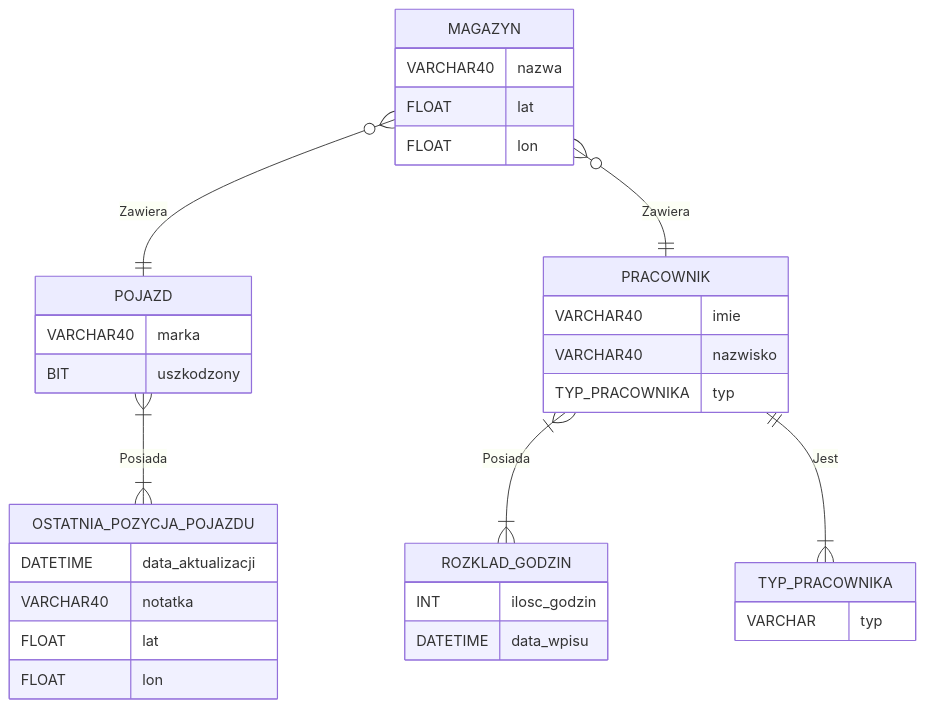
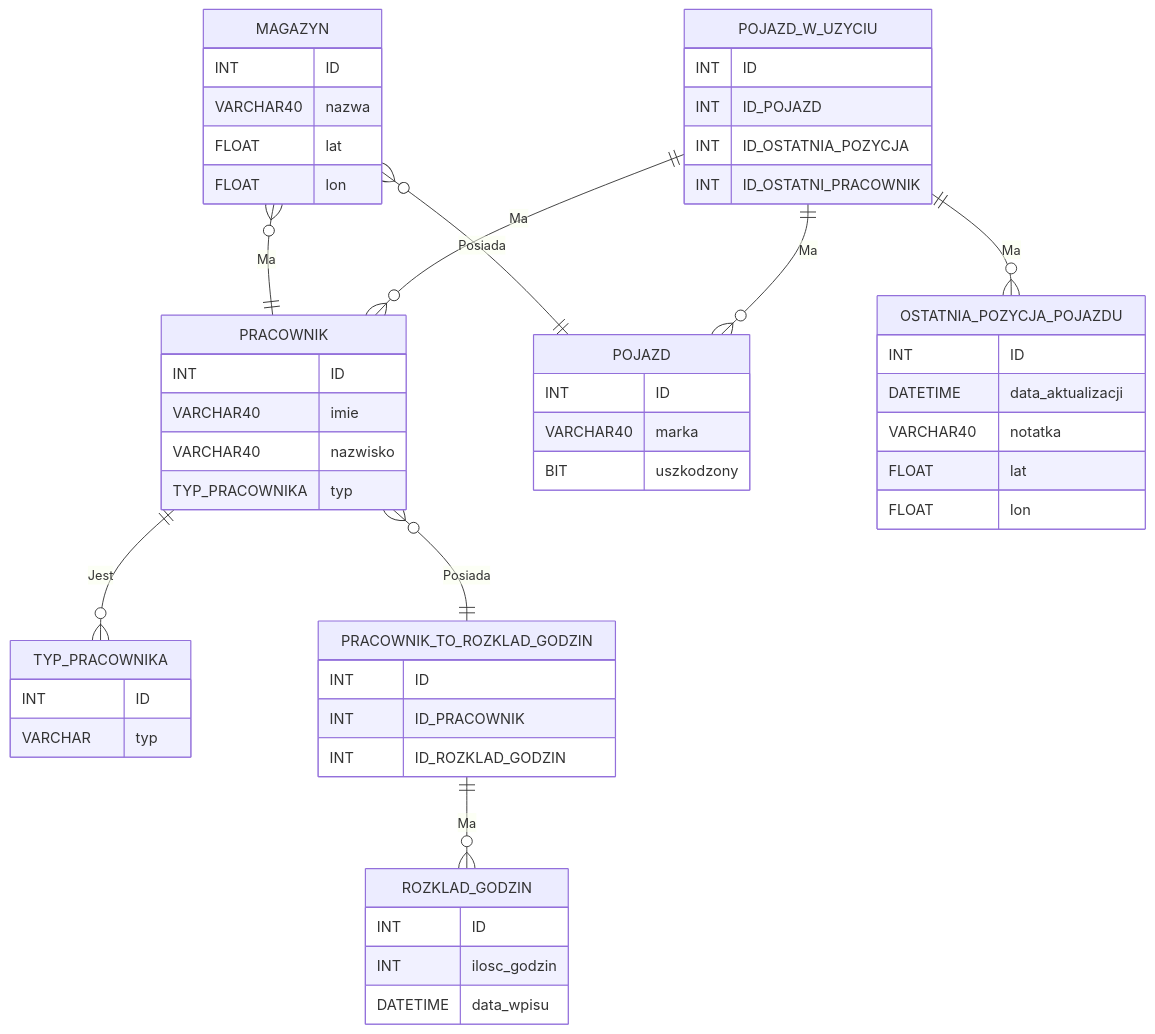
The diagram in sprawozdanie/assets/chart.mmd (grayrattus/sql-server-uni-evening-coding), drawn with Mermaid before and after one commit. The commit also changed other lines of this file and 7 other files, not shown here.

```diff
--- a/sprawozdanie/assets/chart.mmd
+++ b/sprawozdanie/assets/chart.mmd
@@ -1,34 +1,56 @@
 erDiagram
     MAGAZYN {
+    	INT ID
         VARCHAR40 nazwa
         FLOAT lat
         FLOAT lon
     }
     PRACOWNIK {
+    	INT ID
         VARCHAR40 imie
         VARCHAR40 nazwisko
         TYP_PRACOWNIKA typ
     }
     ROZKLAD_GODZIN {
+    	INT ID
         INT ilosc_godzin
         DATETIME data_wpisu
     }
     POJAZD {
+    	INT ID
         VARCHAR40 marka
         BIT uszkodzony
     }
     OSTATNIA_POZYCJA_POJAZDU {
+    	INT ID
         DATETIME data_aktualizacji
         VARCHAR40 notatka
         FLOAT lat
         FLOAT lon
     }
     TYP_PRACOWNIKA {
+    	INT ID
         VARCHAR typ
     }
 
-    MAGAZYN o{--|| POJAZD: Zawiera
-    MAGAZYN o{--|| PRACOWNIK: Zawiera
-    PRACOWNIK }|--|{ ROZKLAD_GODZIN: Posiada
-    PRACOWNIK ||--|{ TYP_PRACOWNIKA: Jest
-    POJAZD }|--|{ OSTATNIA_POZYCJA_POJAZDU: Posiada
+    POJAZD_W_UZYCIU {
+    	INT ID
+	INT ID_POJAZD
+	INT ID_OSTATNIA_POZYCJA
+	INT ID_OSTATNI_PRACOWNIK
+    }
+
+    PRACOWNIK_TO_ROZKLAD_GODZIN {
+    	INT ID
+	INT ID_PRACOWNIK
+	INT ID_ROZKLAD_GODZIN
+    }
+
+    MAGAZYN o{--|| POJAZD: Posiada
+    MAGAZYN o{--|| PRACOWNIK: Ma
+    PRACOWNIK ||--}o TYP_PRACOWNIKA: Jest
+    PRACOWNIK o{--|| PRACOWNIK_TO_ROZKLAD_GODZIN: Posiada
+    PRACOWNIK_TO_ROZKLAD_GODZIN ||--}o ROZKLAD_GODZIN: Ma
+    POJAZD_W_UZYCIU ||--}o PRACOWNIK: Ma
+    POJAZD_W_UZYCIU ||--}o POJAZD: Ma
+    POJAZD_W_UZYCIU ||--}o OSTATNIA_POZYCJA_POJAZDU: Ma
```
